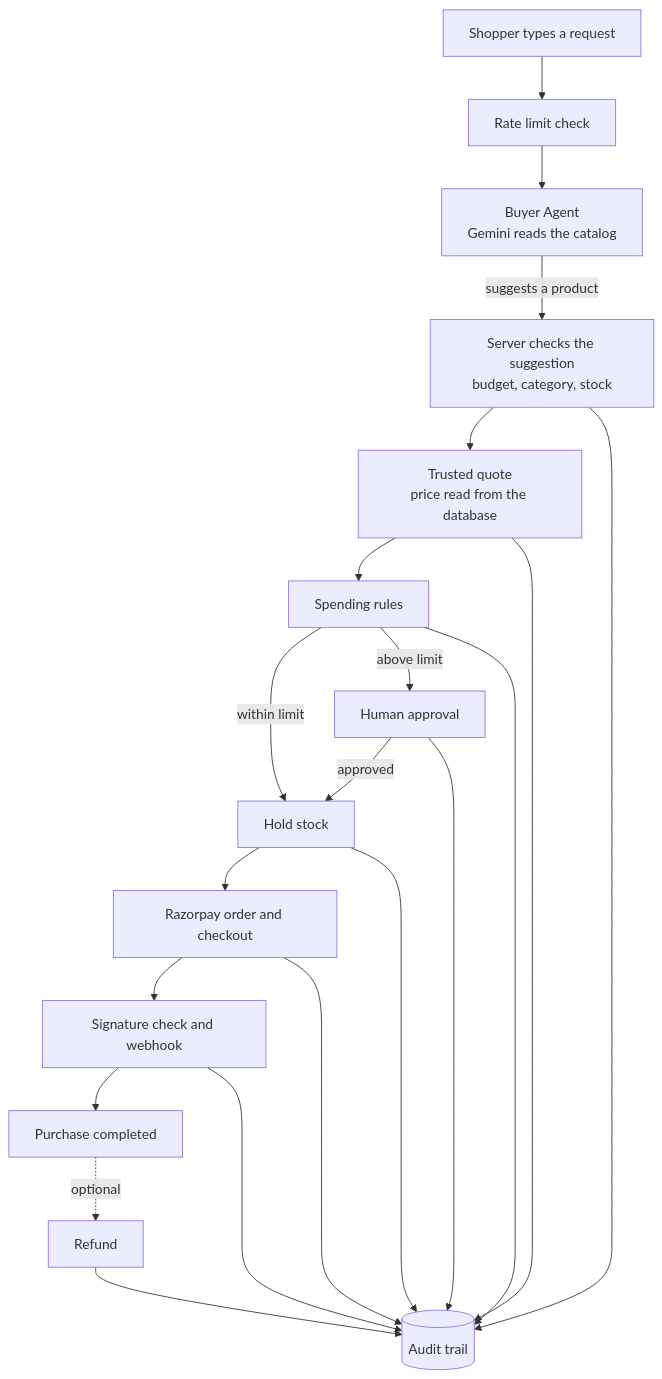
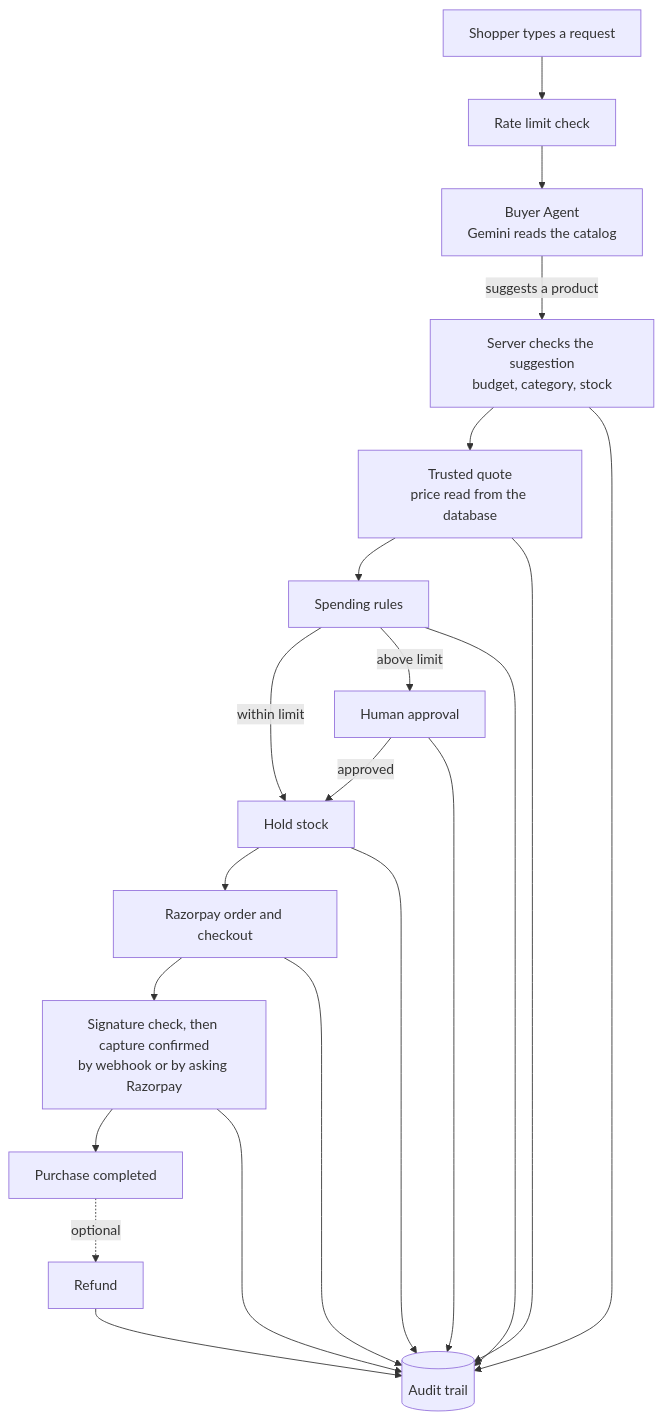
Before and after one commit to TanmaySingh2711/razorpay-agentic-commerce: the diagram in README.md, drawn with Mermaid. The commit also changed other lines of this file, not shown here.

````diff
--- a/README.md
+++ b/README.md
@@ -151,16 +146,16 @@
 ```mermaid
 flowchart TD
     U[Shopper types a request] --> RL[Rate limit check]
     RL --> A[Buyer Agent<br/>Gemini reads the catalog]
     A -->|suggests a product| V[Server checks the suggestion<br/>budget, category, stock]
     V --> Q[Trusted quote<br/>price read from the database]
     Q --> P[Spending rules]
     P -->|within limit| H[Hold stock]
     P -->|above limit| AP[Human approval]
     AP -->|approved| H
     H --> O[Razorpay order and checkout]
-    O --> W[Signature check and webhook]
+    O --> W[Signature check, then capture confirmed<br/>by webhook or by asking Razorpay]
     W --> C[Purchase completed]
     C -.->|optional| R[Refund]
     V & Q & P & AP & H & O & W & R --> L[(Audit trail)]
 ```
````
